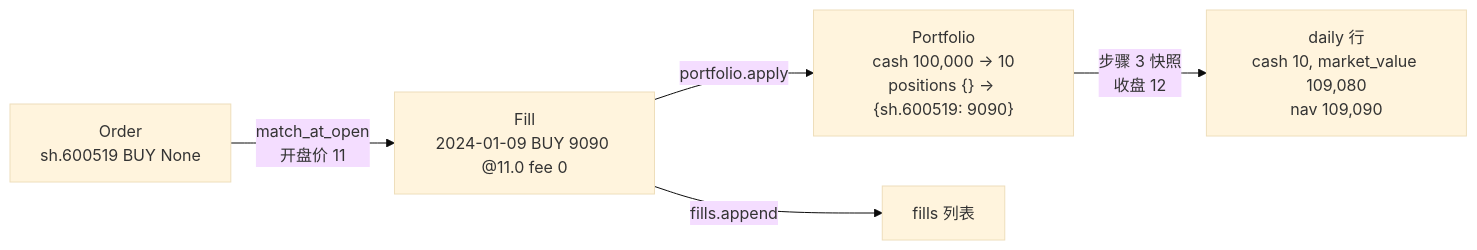
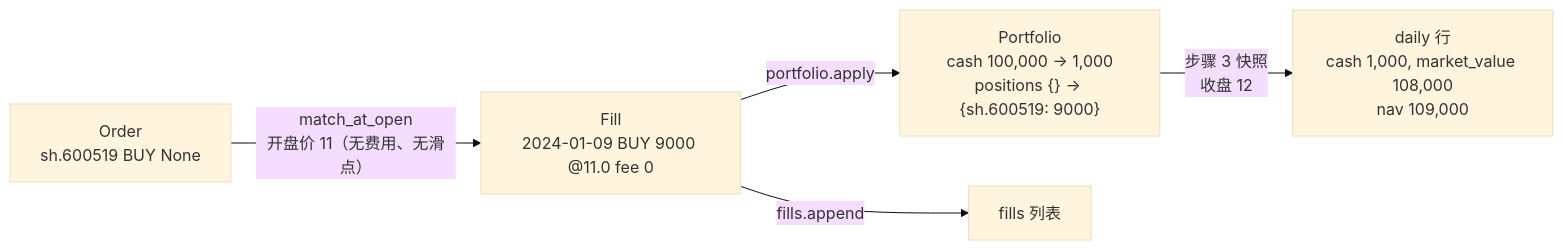
Diagram 16 of 23 in docs/code-walkthrough.md (guevara12345/quant), drawn with Mermaid (base theme) before and after one commit. The commit also changed other lines of this file and 16 other files, not shown here.

````diff
--- a/docs/code-walkthrough.md
+++ b/docs/code-walkthrough.md
@@ -605,7 +677,7 @@
 ```mermaid
 flowchart LR
-    O["Order<br/>sh.600519 BUY None"] -->|"match_at_open<br/>开盘价 11"| F["Fill<br/>2024-01-09 BUY 9090 @11.0 fee 0"]
-    F -->|"portfolio.apply"| P1["Portfolio<br/>cash 100,000 → 10<br/>positions {} → {sh.600519: 9090}"]
+    O["Order<br/>sh.600519 BUY None"] -->|"match_at_open<br/>开盘价 11（无费用、无滑点）"| F["Fill<br/>2024-01-09 BUY 9000 @11.0 fee 0"]
+    F -->|"portfolio.apply"| P1["Portfolio<br/>cash 100,000 → 1,000<br/>positions {} → {sh.600519: 9000}"]
     F -->|"fills.append"| FS["fills 列表"]
-    P1 -->|"步骤 3 快照<br/>收盘 12"| D["daily 行<br/>cash 10, market_value 109,080<br/>nav 109,090"]
+    P1 -->|"步骤 3 快照<br/>收盘 12"| D["daily 行<br/>cash 1,000, market_value 108,000<br/>nav 109,000"]
 ```
````
